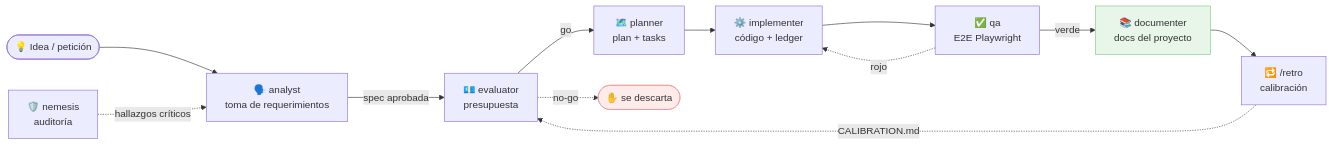
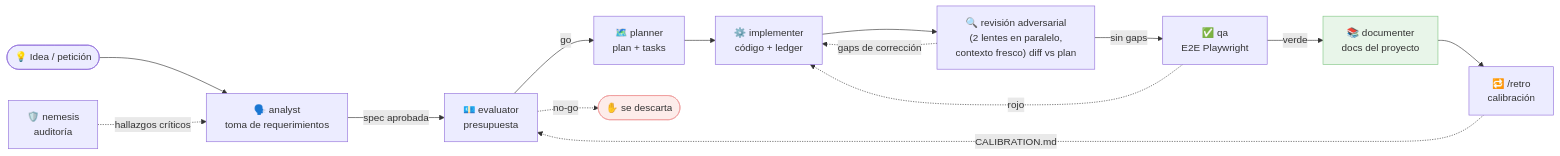
One commit to daycry/custom-agents changed the second of 9 diagrams in docs/FLOWS.md. Above: the diagram before and after it, drawn with Mermaid. The commit also changed other lines of this file and 60 other files, not shown here.

````diff
--- a/docs/FLOWS.md
+++ b/docs/FLOWS.md
@@ -31,16 +31,18 @@
 ```mermaid
 flowchart LR
     idea(["💡 Idea / petición"]) --> analyst["🗣️ analyst\ntoma de requerimientos"]
     analyst -->|spec aprobada| evaluator["💶 evaluator\npresupuesta"]
     evaluator -->|go| planner["🗺️ planner\nplan + tasks"]
     evaluator -.->|no-go| fin1(["✋ se descarta"])
     planner --> implementer["⚙️ implementer\ncódigo + ledger"]
-    implementer --> qa["✅ qa\nE2E Playwright"]
+    implementer --> review["🔍 revisión adversarial\n(2 lentes en paralelo,\ncontexto fresco) diff vs plan"]
+    review -->|sin gaps| qa["✅ qa\nE2E Playwright"]
+    review -.->|gaps de corrección| implementer
     qa -->|verde| documenter["📚 documenter\ndocs del proyecto"]
     qa -.->|rojo| implementer
     documenter --> retro["🔁 /retro\ncalibración"]
     nemesis["🛡️ nemesis\nauditoría"] -.->|hallazgos críticos| analyst
     retro -.->|CALIBRATION.md| evaluator
     style fin1 fill:#fdecea,stroke:#ef9a9a
     style documenter fill:#e8f5e9,stroke:#81c784
 ```
````
